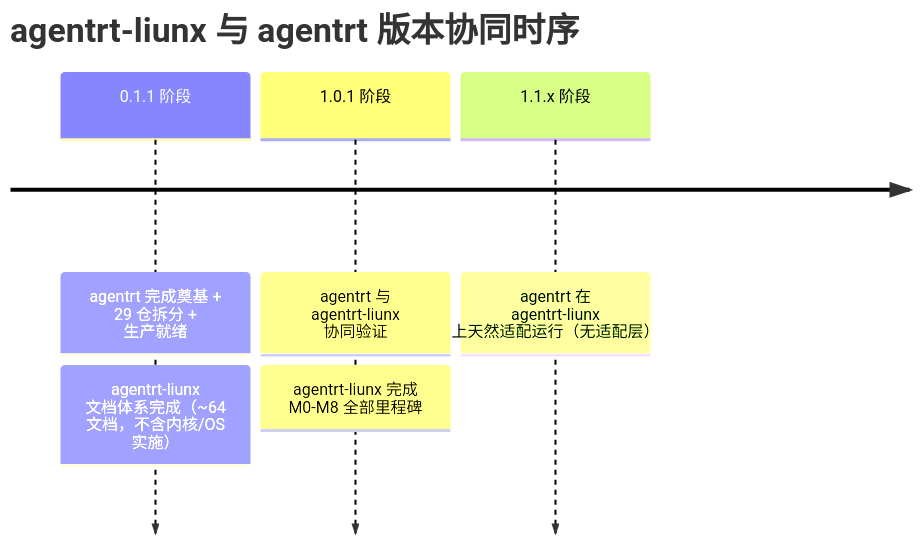
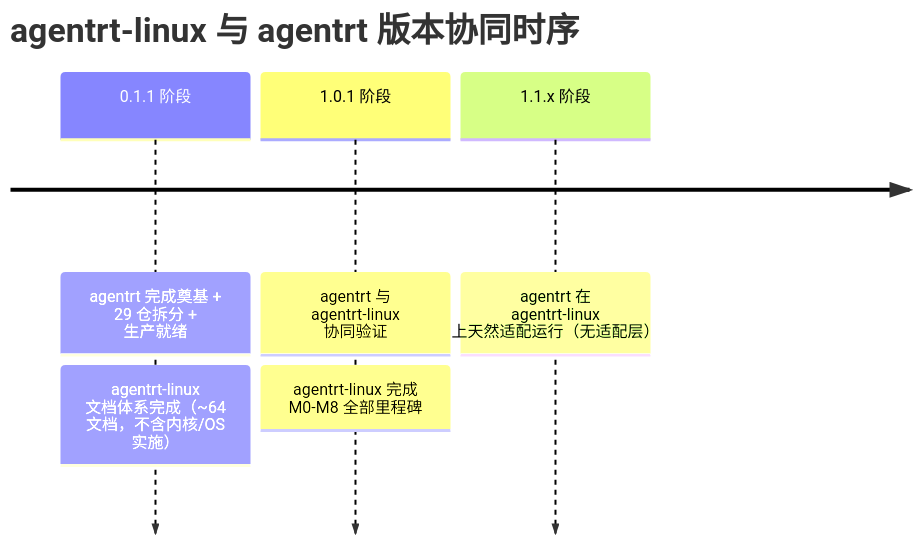
One commit to SpharxTeam/Docs changed the second of 2 diagrams in AirymaxOS/130-roadmap/README.md. Above: the diagram before and after it, drawn with Mermaid. The commit also changed other lines of this file and 132 other files, not shown here.

````diff
--- a/AirymaxOS/130-roadmap/README.md
+++ b/AirymaxOS/130-roadmap/README.md
@@ -245,9 +245,9 @@
 ```mermaid
 timeline
-    title agentrt-liunx 与 agentrt 版本协同时序
+    title agentrt-linux 与 agentrt 版本协同时序
     0.1.1 阶段 : agentrt 完成奠基 + 29 仓拆分 + 生产就绪
-              : agentrt-liunx 文档体系完成（~64 文档，不含内核/OS 实施）
-    1.0.1 阶段 : agentrt 与 agentrt-liunx 协同验证
-              : agentrt-liunx 完成 M0-M8 全部里程碑
-    1.1.x 阶段 : agentrt 在 agentrt-liunx 上天然适配运行（无适配层）
+              : agentrt-linux 文档体系完成（~64 文档，不含内核/OS 实施）
+    1.0.1 阶段 : agentrt 与 agentrt-linux 协同验证
+              : agentrt-linux 完成 M0-M8 全部里程碑
+    1.1.x 阶段 : agentrt 在 agentrt-linux 上天然适配运行（无适配层）
 ```
````
